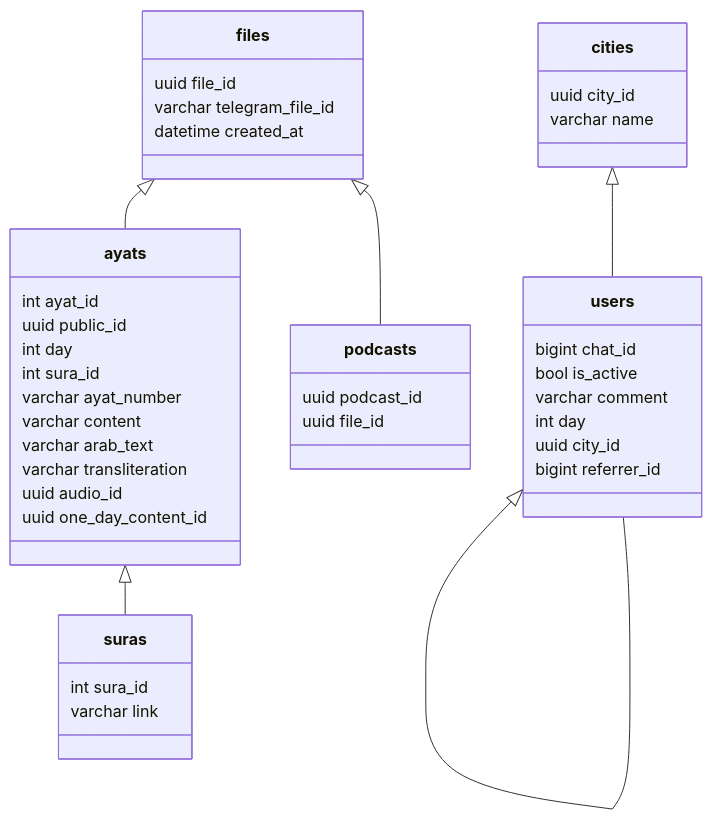
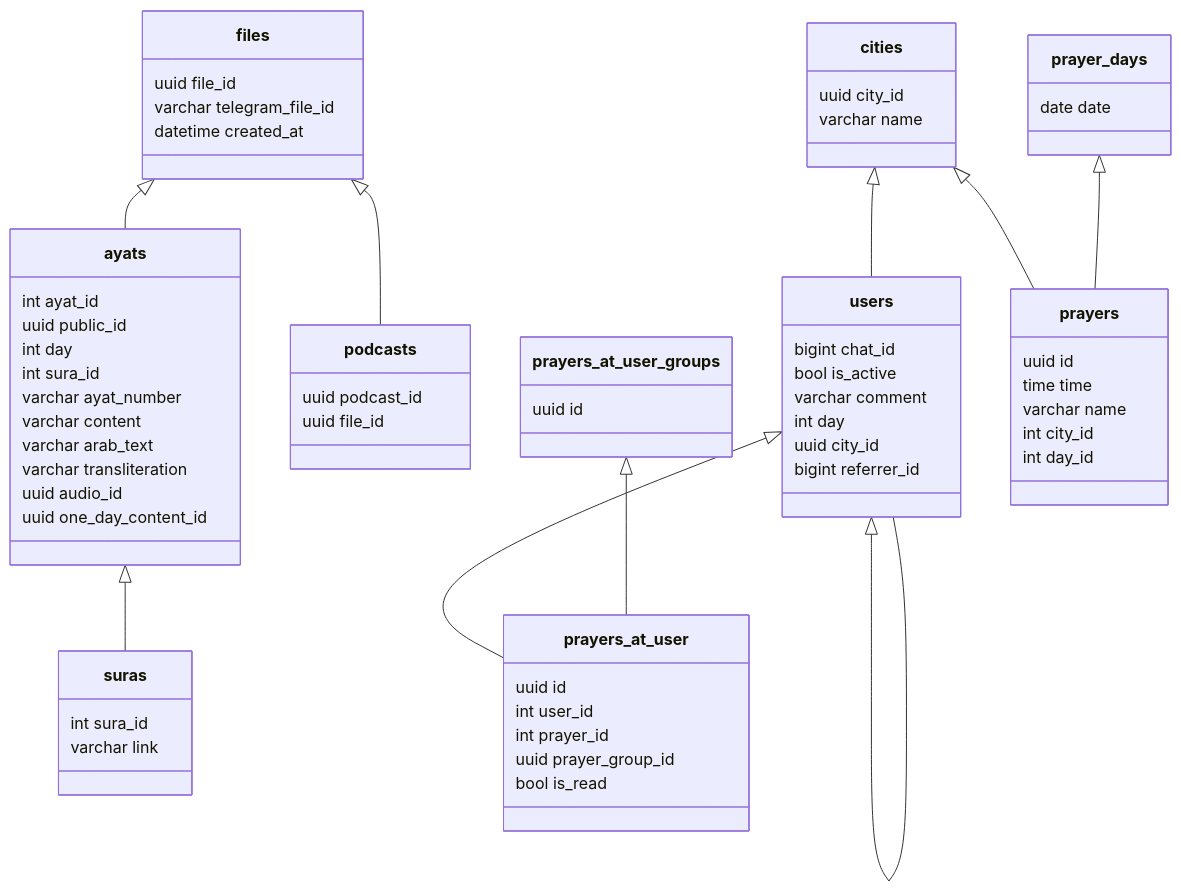
One commit to blablatdinov/tg-quranbot changed the diagram in docs/db_schema_specification.md. Above: the diagram before and after it, drawn with Mermaid. The commit also changed 1 other file, not shown here.

Commit message:
update db schema specification

````diff
--- a/docs/db_schema_specification.md
+++ b/docs/db_schema_specification.md
@@ -3,45 +3,69 @@
 ```mermaid
 classDiagram
     files <|-- ayats
     files <|-- podcasts
     users <|-- users
     ayats <|-- suras
     cities <|-- users
+    users <|-- prayers_at_user
+    prayers_at_user_groups <|-- prayers_at_user
+    cities <|-- prayers
+    prayer_days <|-- prayers
     class ayats{
         int ayat_id
         uuid public_id
         int day
         int sura_id
         varchar ayat_number
         varchar content
         varchar arab_text
         varchar transliteration
         uuid audio_id
         uuid one_day_content_id
     }
     class suras{
         int sura_id
         varchar link
     }
     class files{
         uuid file_id
         varchar telegram_file_id
         datetime created_at
     }
     class users{
         bigint chat_id
         bool is_active
         varchar comment
         int day
         uuid city_id
         bigint referrer_id
     }
     class cities{
         uuid city_id
         varchar name
     }
     class podcasts{
         uuid podcast_id
         uuid file_id
     }
+    class prayers{
+        uuid id
+        time time
+        varchar name
+        int city_id
+        int day_id
+    }
+    class prayers_at_user{
+        uuid id
+        int user_id
+        int prayer_id
+        uuid prayer_group_id
+        bool is_read
+    }
+    class prayers_at_user_groups{
+        uuid id
+    }
+    class prayer_days{
+        date date
+    }
 ```
````
